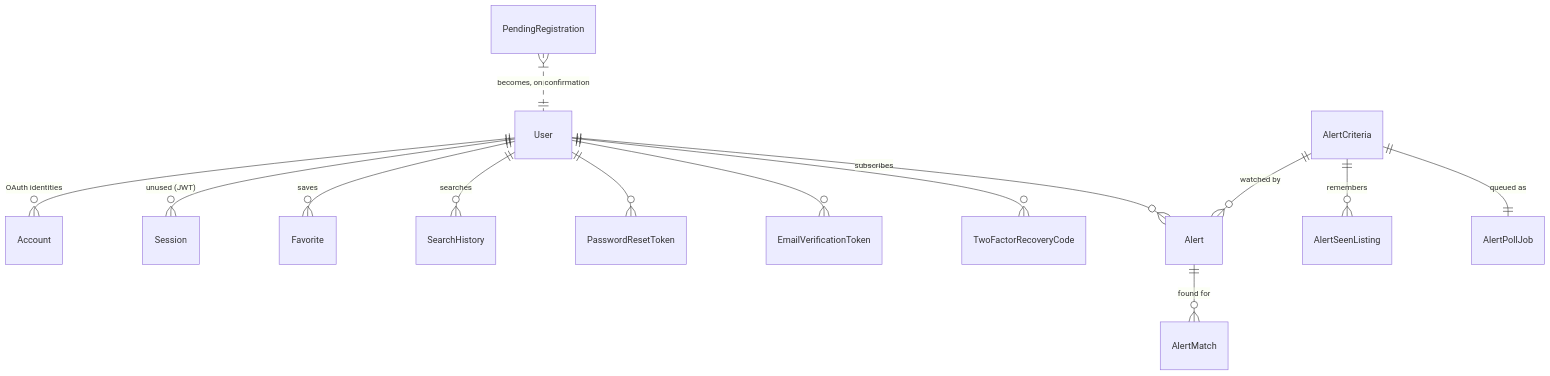
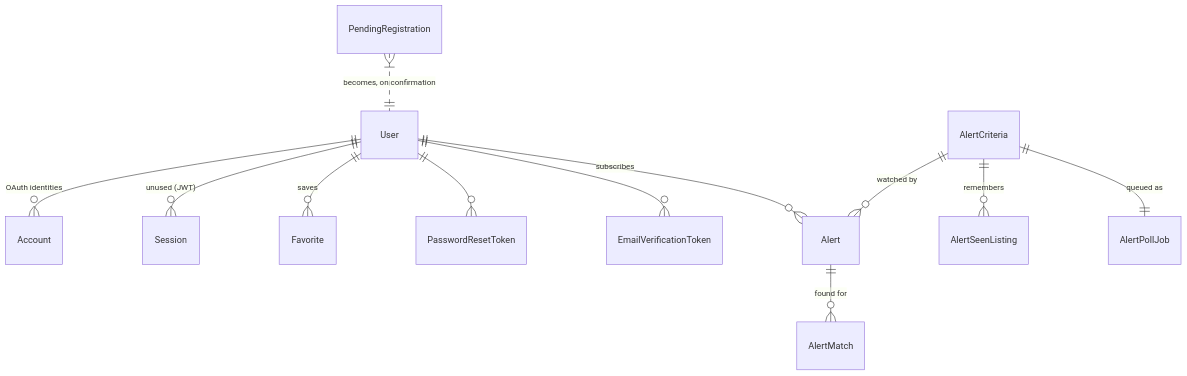
The fifth of 6 diagrams in docs/ARCHITECTURE.md (algusaem/buycarmap), drawn with Mermaid before and after one commit. The commit also changed other lines of this file and 22 other files, not shown here.

````diff
--- a/docs/ARCHITECTURE.md
+++ b/docs/ARCHITECTURE.md
@@ -396,16 +396,14 @@
 ```mermaid
 erDiagram
     User ||--o{ Account : "OAuth identities"
     User ||--o{ Session : "unused (JWT)"
     User ||--o{ Favorite : saves
-    User ||--o{ SearchHistory : searches
     User ||--o{ PasswordResetToken : ""
     User ||--o{ EmailVerificationToken : ""
-    User ||--o{ TwoFactorRecoveryCode : ""
     User ||--o{ Alert : subscribes
     AlertCriteria ||--o{ Alert : "watched by"
     AlertCriteria ||--o{ AlertSeenListing : remembers
     AlertCriteria ||--|| AlertPollJob : "queued as"
     Alert ||--o{ AlertMatch : "found for"
     PendingRegistration }|..|| User : "becomes, on confirmation"
 ```
````
